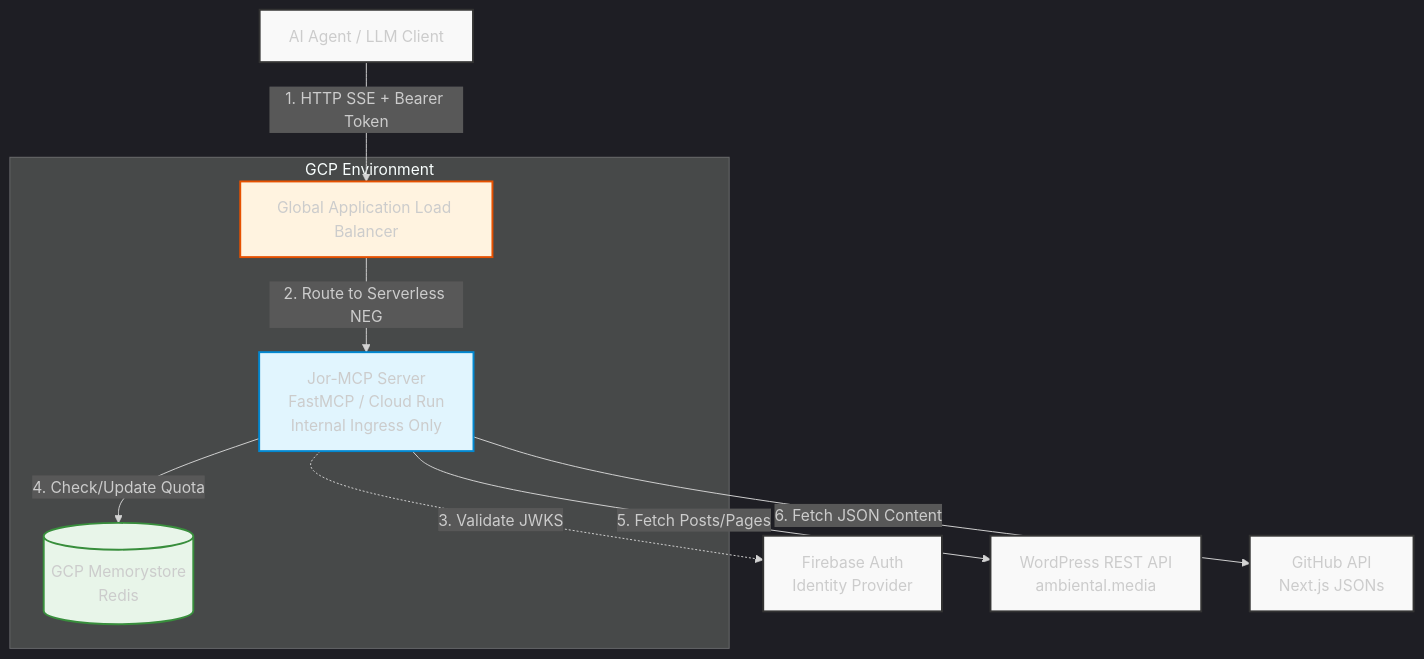
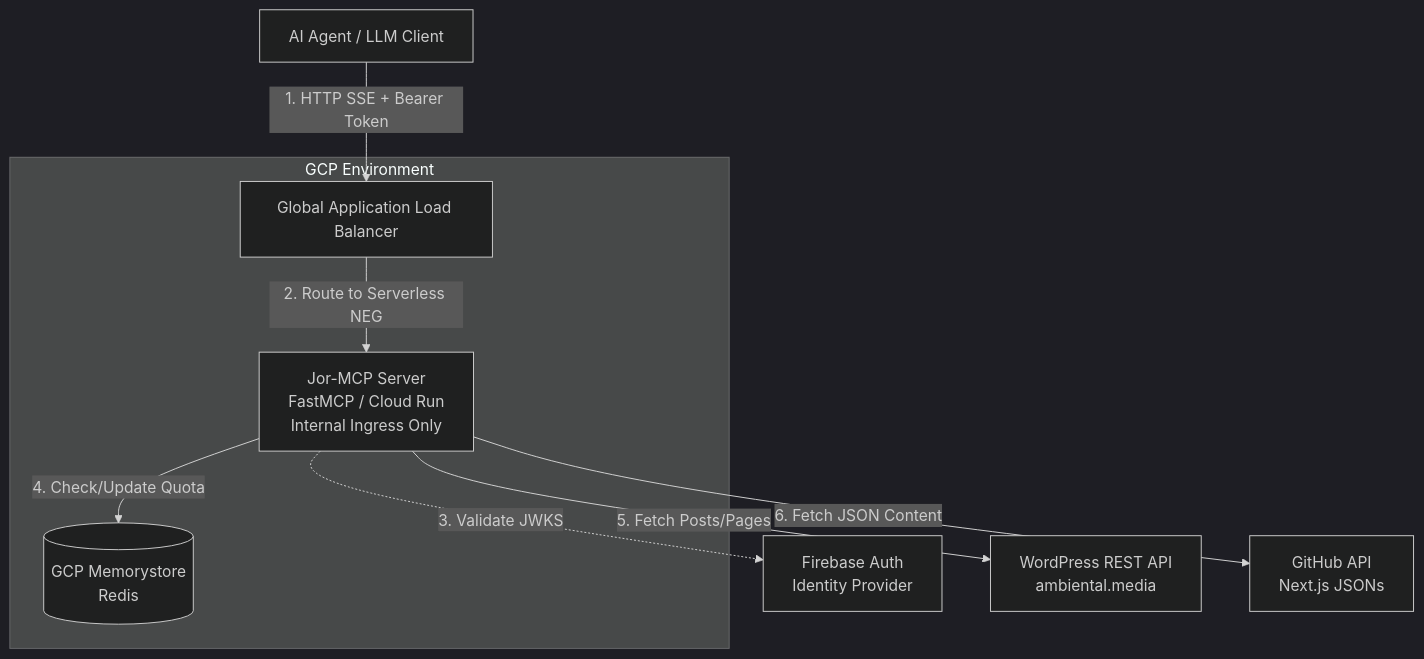
The first of 2 diagrams in docs/1-technical/architecture.md (ambiental-media/jor-mcp), drawn with Mermaid before and after one commit.

Commit message:
change diagram theme

````diff
--- a/docs/1-technical/architecture.md
+++ b/docs/1-technical/architecture.md
@@ -9,37 +9,32 @@
 ```mermaid
 %%{init: {'theme': 'dark'}}%%
 graph TD
     %% External Actors
     Client[AI Agent / LLM Client]
     
     %% Core System
     subgraph GCP Environment
         LB[Global Application Load Balancer]
         JorMCP[Jor-MCP Server \n FastMCP / Cloud Run \n Internal Ingress Only]
         Redis[(GCP Memorystore \n Redis)]
     end
     
     %% External Services
     FirebaseAuth[Firebase Auth \n Identity Provider]
     WP[WordPress REST API \n ambiental.media]
     GH[GitHub API \n Next.js JSONs]
 
     %% Relationships
     Client -- "1. HTTP SSE + Bearer Token" --> LB
     LB -- "2. Route to Serverless NEG" --> JorMCP
     JorMCP -. "3. Validate JWKS" .-> FirebaseAuth
     JorMCP -- "4. Check/Update Quota" --> Redis
     JorMCP -- "5. Fetch Posts/Pages" --> WP
     JorMCP -- "6. Fetch JSON Content" --> GH
     
-    %% Styling
-    classDef external fill:#f9f9f9,stroke:#333,stroke-width:2px;
-    classDef internal fill:#e1f5fe,stroke:#0288d1,stroke-width:2px;
-    classDef db fill:#e8f5e9,stroke:#388e3c,stroke-width:2px;
-    classDef gateway fill:#fff3e0,stroke:#e65100,stroke-width:2px;
     
     class Client,FirebaseAuth,WP,GH external;
     class JorMCP internal;
     class LB gateway;
     class Redis db;
 ```
````
